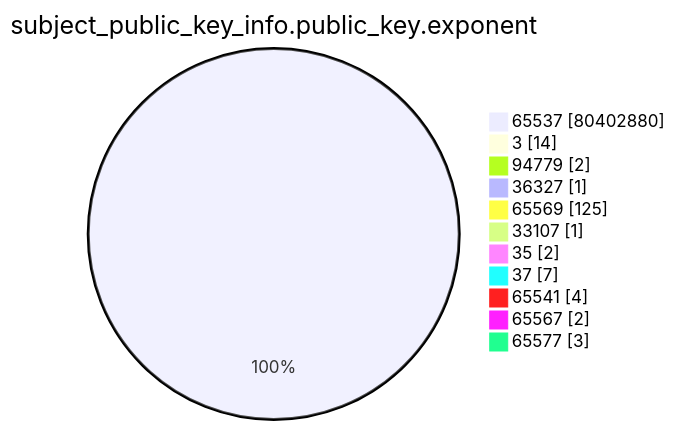
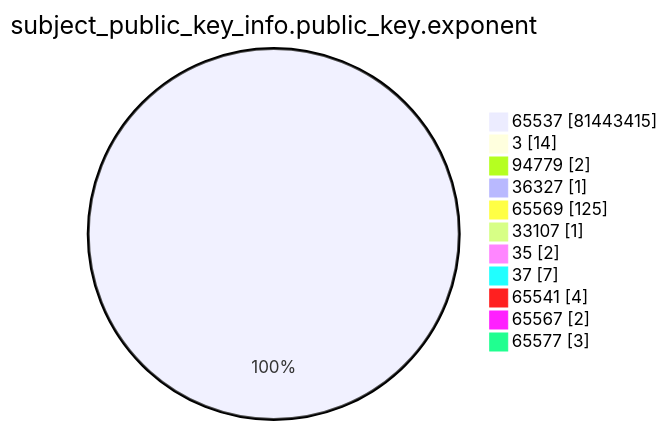
One commit to christiankrug/ctmonitor_visualization changed the fourth of 15 diagrams in xenon2023/README.md. Above: the diagram before and after it, drawn with Mermaid. The commit also changed other lines of this file, not shown here.

````diff
--- a/xenon2023/README.md
+++ b/xenon2023/README.md
@@ -1235,15 +1235,15 @@
 ```mermaid
 pie showData
 title subject_public_key_info.public_key.exponent
-"65537" :80402880
+"65537" :81443415
 "3" :14
 "94779" :2
 "36327" :1
 "65569" :125
 "33107" :1
 "35" :2
 "37" :7
 "65541" :4
 "65567" :2
 "65577" :3
 ```
````
